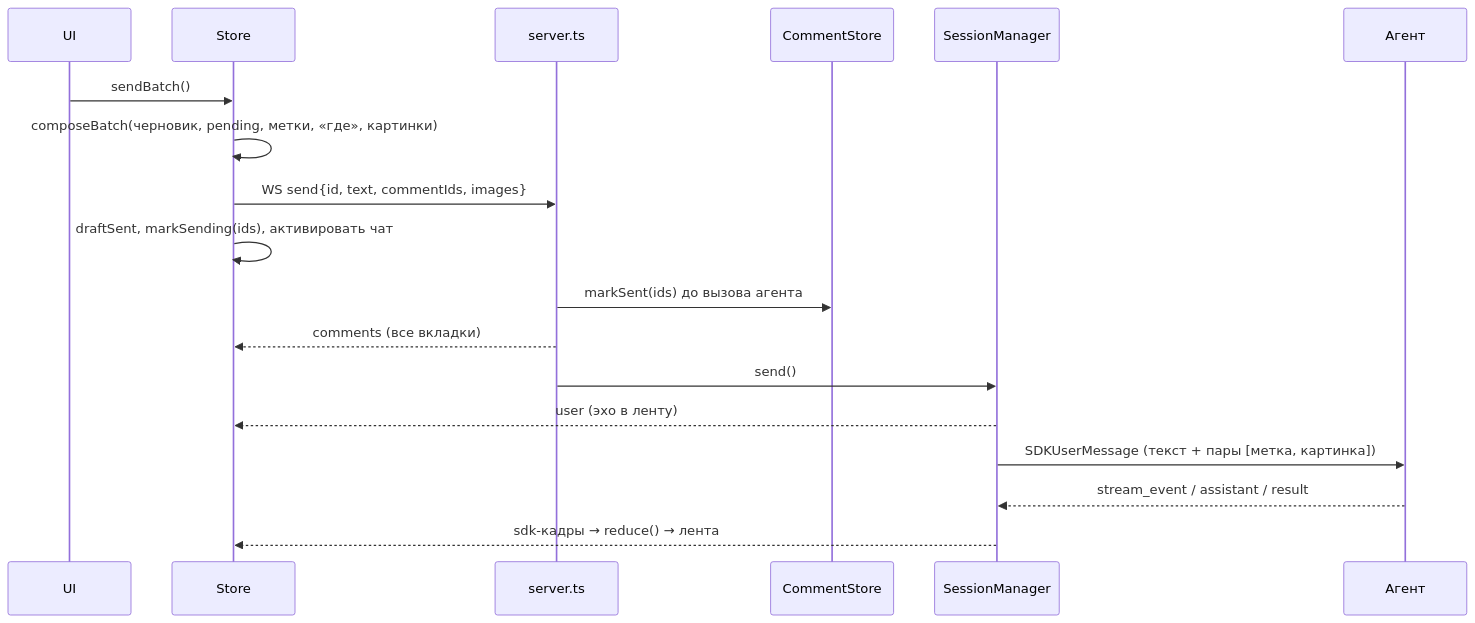
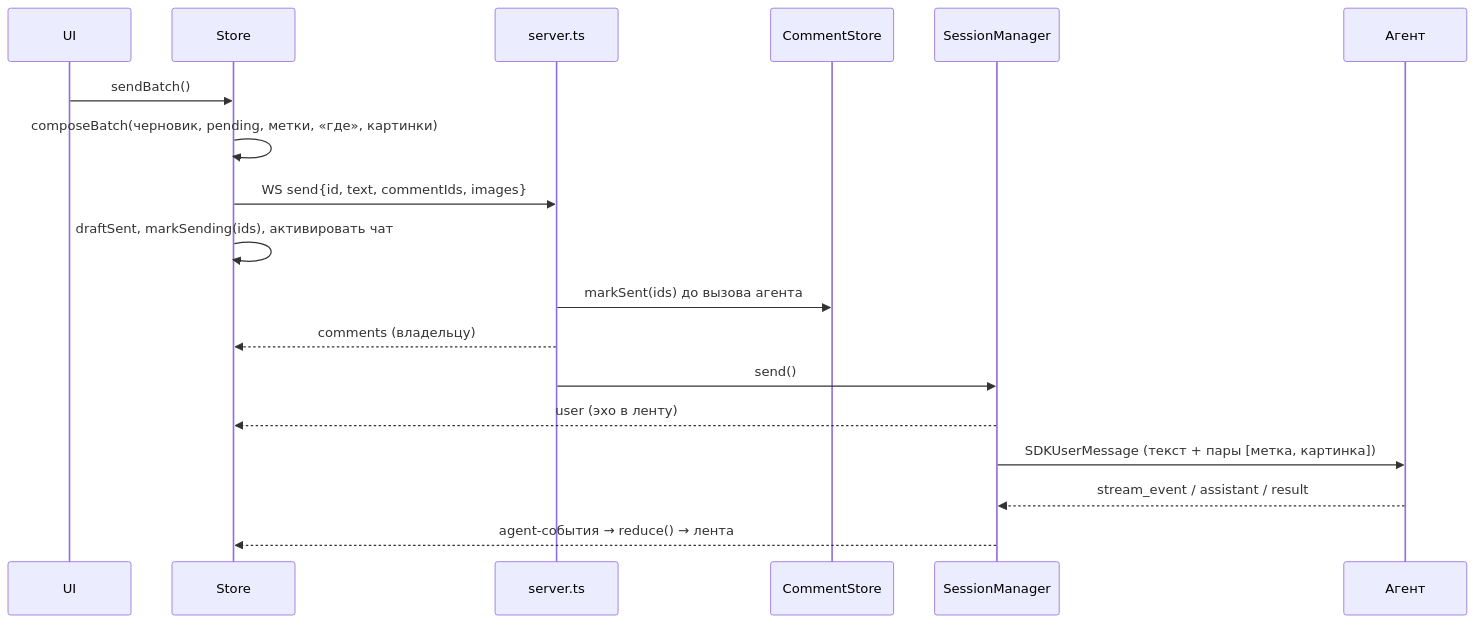
One commit to iCubeDm/claude-nota-bene changed the fourth of 4 diagrams in docs/architecture.md. Above: the diagram before and after it, drawn with Mermaid. The commit also changed other lines of this file and 1 other file, not shown here.

Commit message:
docs: architecture and CLAUDE.md after M7 (one tab, archive, AgentEvent, session parts)

````diff
--- a/docs/architecture.md
+++ b/docs/architecture.md
@@ -222,20 +233,20 @@
 ```mermaid
 sequenceDiagram
   participant U as UI
   participant S as Store
   participant SV as server.ts
   participant CS as CommentStore
   participant SM as SessionManager
   participant A as Агент
   U->>S: sendBatch()
   S->>S: composeBatch(черновик, pending, метки, «где», картинки)
   S->>SV: WS send{id, text, commentIds, images}
   S->>S: draftSent, markSending(ids), активировать чат
   SV->>CS: markSent(ids) до вызова агента
-  SV-->>S: comments (все вкладки)
+  SV-->>S: comments (владельцу)
   SV->>SM: send()
   SM-->>S: user (эхо в ленту)
   SM->>A: SDKUserMessage (текст + пары [метка, картинка])
   A-->>SM: stream_event / assistant / result
-  SM-->>S: sdk-кадры → reduce() → лента
+  SM-->>S: agent-события → reduce() → лента
 ```
````
